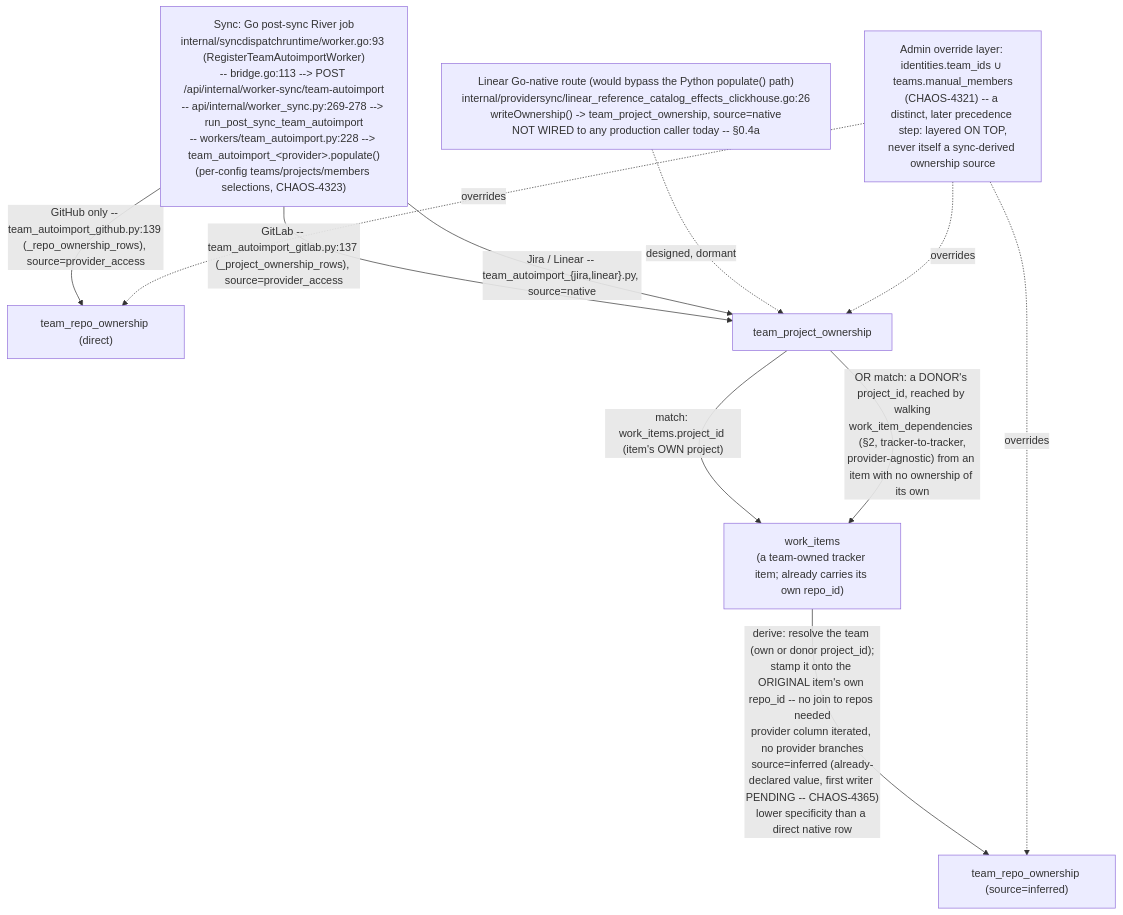
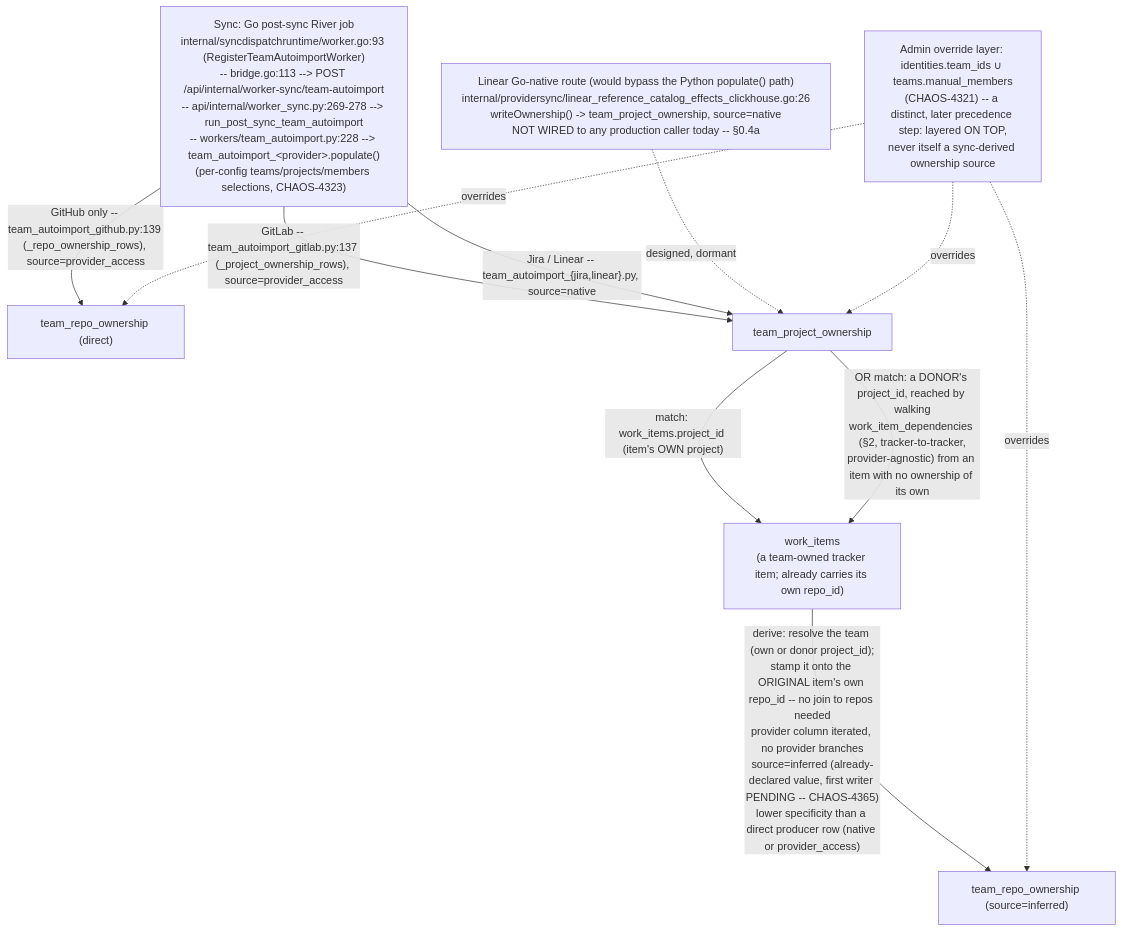
The third of 7 diagrams in docs/contribute/architecture/team-attribution.md (full-chaos/dev-health-ops), drawn with Mermaid before and after one commit. The commit also changed other lines of this file, not shown here.

````diff
--- a/docs/contribute/architecture/team-attribution.md
+++ b/docs/contribute/architecture/team-attribution.md
@@ -882,18 +883,18 @@
 ```mermaid
 flowchart TD
     SYNC["Sync: Go post-sync River job<br/>internal/syncdispatchruntime/worker.go:93 (RegisterTeamAutoimportWorker)<br/>-- bridge.go:113 --&gt; POST /api/internal/worker-sync/team-autoimport<br/>-- api/internal/worker_sync.py:269-278 --&gt; run_post_sync_team_autoimport<br/>-- workers/team_autoimport.py:228 --&gt; team_autoimport_&lt;provider&gt;.populate()<br/>(per-config teams/projects/members selections, CHAOS-4323)"]
     SYNC -->|"GitHub only -- team_autoimport_github.py:139 (_repo_ownership_rows), source=provider_access"| TRO_direct["team_repo_ownership (direct)"]
     SYNC -->|"GitLab -- team_autoimport_gitlab.py:137 (_project_ownership_rows), source=provider_access"| TPO["team_project_ownership"]
     SYNC -->|"Jira / Linear -- team_autoimport_{jira,linear}.py, source=native"| TPO
     LGN["Linear Go-native route (would bypass the Python populate() path)<br/>internal/providersync/linear_reference_catalog_effects_clickhouse.go:26<br/>writeOwnership() -&gt; team_project_ownership, source=native<br/>NOT WIRED to any production caller today -- §0.4a"] -. designed, dormant .-> TPO
 
     TPO -->|"match: work_items.project_id (item's OWN project)"| WI["work_items<br/>(a team-owned tracker item; already carries its own repo_id)"]
     TPO -->|"OR match: a DONOR's project_id, reached by walking<br/>work_item_dependencies (§2, tracker-to-tracker,<br/>provider-agnostic) from an item with no ownership of its own"| WI
 
-    WI -->|"derive: resolve the team (own or donor project_id);<br/>stamp it onto the ORIGINAL item's own repo_id -- no join to repos needed<br/>provider column iterated, no provider branches<br/>source=inferred (already-declared value, first writer PENDING -- CHAOS-4365)<br/>lower specificity than a direct native row"| TRO_derived["team_repo_ownership (source=inferred)"]
+    WI -->|"derive: resolve the team (own or donor project_id);<br/>stamp it onto the ORIGINAL item's own repo_id -- no join to repos needed<br/>provider column iterated, no provider branches<br/>source=inferred (already-declared value, first writer PENDING -- CHAOS-4365)<br/>lower specificity than a direct producer row (native or provider_access)"| TRO_derived["team_repo_ownership (source=inferred)"]
 
     ADMIN["Admin override layer: identities.team_ids ∪ teams.manual_members<br/>(CHAOS-4321) -- a distinct, later precedence step: layered ON TOP,<br/>never itself a sync-derived ownership source"]
     ADMIN -. overrides .-> TPO
     ADMIN -. overrides .-> TRO_direct
     ADMIN -. overrides .-> TRO_derived
 ```
````
